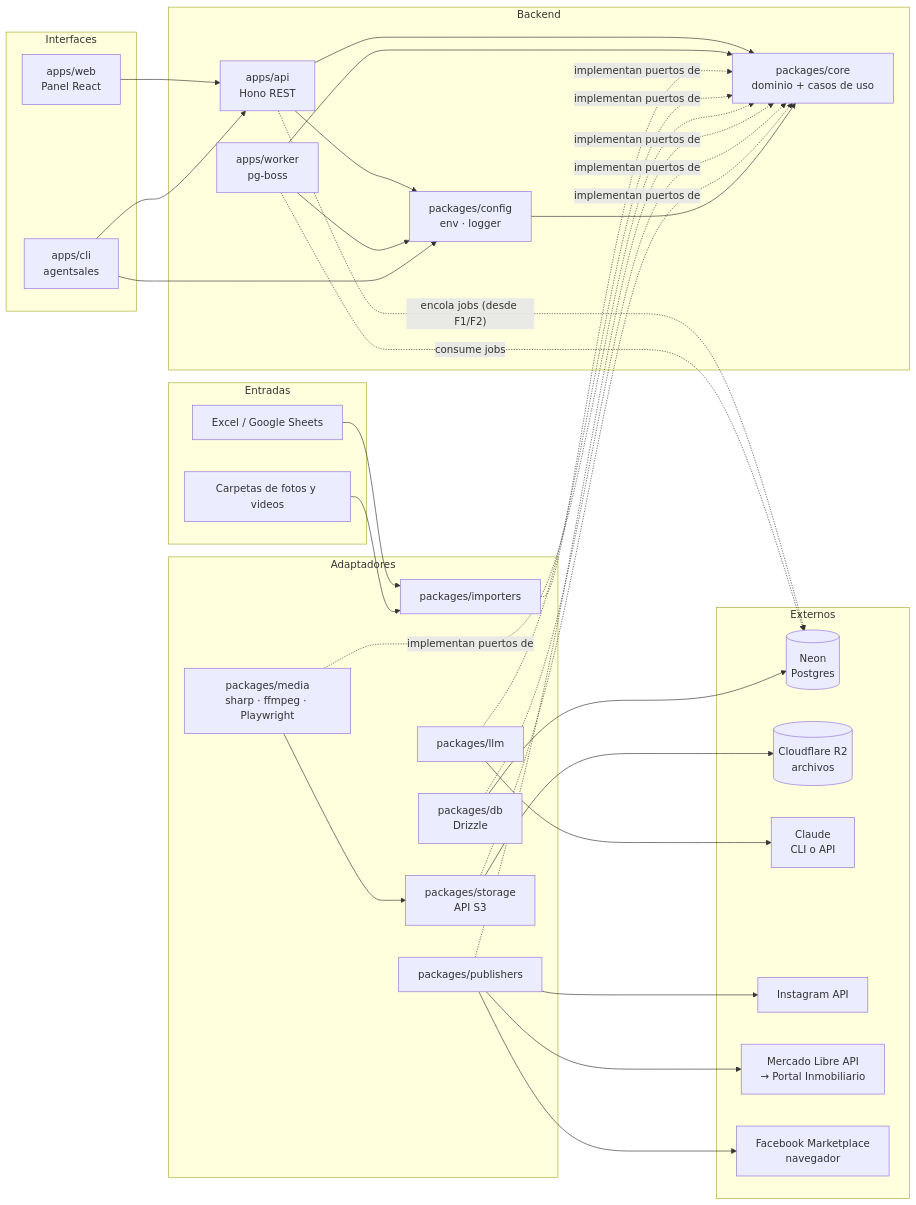
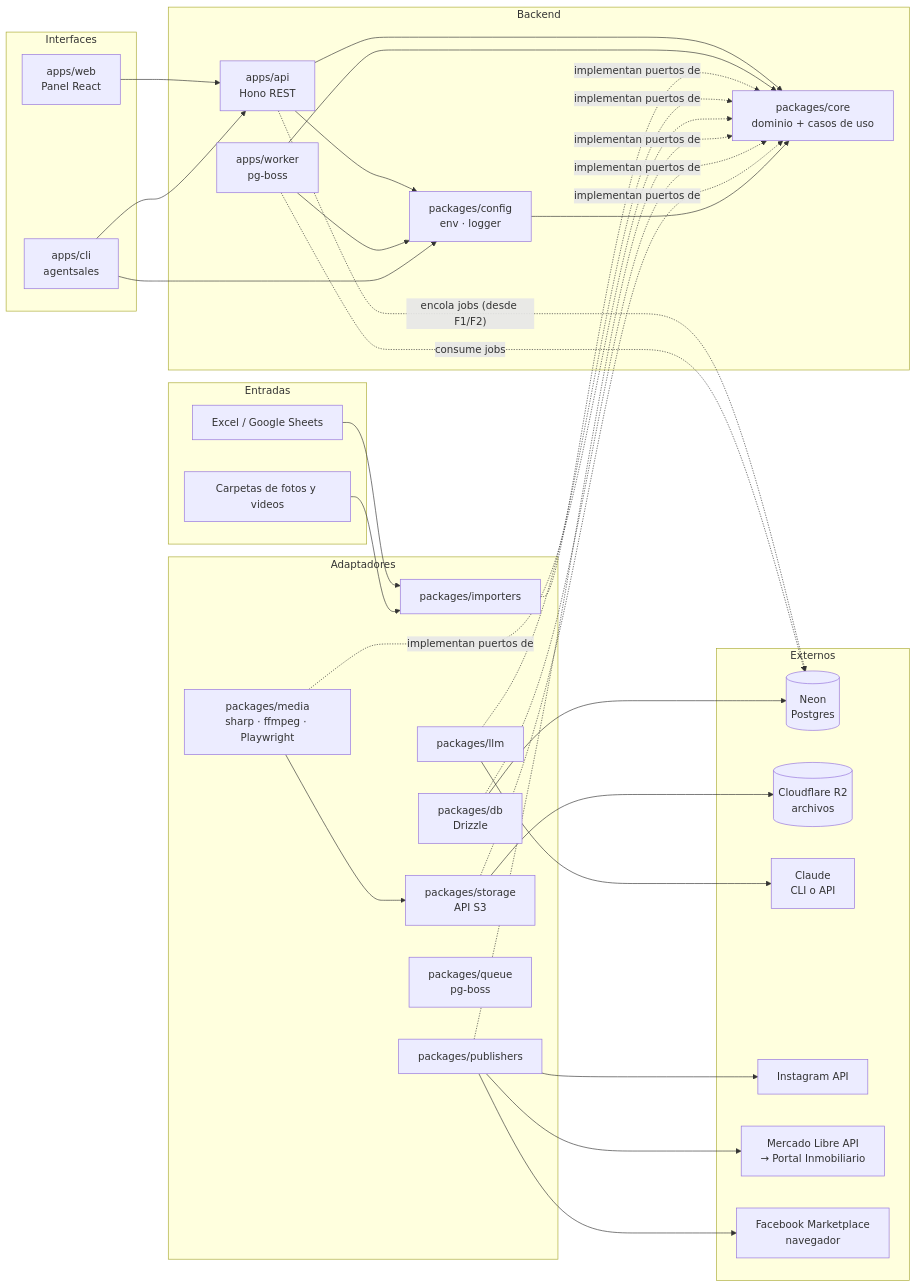
The first of 2 diagrams in docs/01-arquitectura.md (vicentewolde/AgentSales), drawn with Mermaid before and after one commit. The commit also changed other lines of this file and 36 other files, not shown here.

````diff
--- a/docs/01-arquitectura.md
+++ b/docs/01-arquitectura.md
@@ -5,54 +5,55 @@
 ```mermaid
 flowchart LR
   subgraph Entradas
     XLSX[Excel / Google Sheets]
     MED[Carpetas de fotos y videos]
   end
 
   subgraph Interfaces
     WEB[apps/web<br/>Panel React]
     CLI[apps/cli<br/>agentsales]
   end
 
   subgraph Backend
     API[apps/api<br/>Hono REST]
     WRK[apps/worker<br/>pg-boss]
     CORE[packages/core<br/>dominio + casos de uso]
     CFG[packages/config<br/>env · logger]
   end
 
   subgraph Adaptadores
     IMP[packages/importers]
     LLM[packages/llm]
     MEDIA[packages/media<br/>sharp · ffmpeg · Playwright]
     PUB[packages/publishers]
     DB[packages/db<br/>Drizzle]
     STO[packages/storage<br/>API S3]
+    QUE[packages/queue<br/>pg-boss]
   end
 
   subgraph Externos
     NEON[(Neon<br/>Postgres)]
     R2[(Cloudflare R2<br/>archivos)]
     CL[Claude<br/>CLI o API]
     IG[Instagram API]
     ML[Mercado Libre API<br/>→ Portal Inmobiliario]
     FB[Facebook Marketplace<br/>navegador]
   end
 
   XLSX --> IMP
   MED --> IMP
   WEB --> API
   CLI --> API
   API --> CORE
   WRK --> CORE
   IMP & LLM & MEDIA & PUB & DB & STO -. implementan puertos de .-> CORE
   API & WRK & CLI --> CFG
   CFG --> CORE
   DB --> NEON
   STO --> R2
   MEDIA --> STO
   LLM --> CL
   PUB --> IG & ML & FB
   API -. encola jobs (desde F1/F2) .-> NEON
   WRK -. consume jobs .-> NEON
 ```
````
